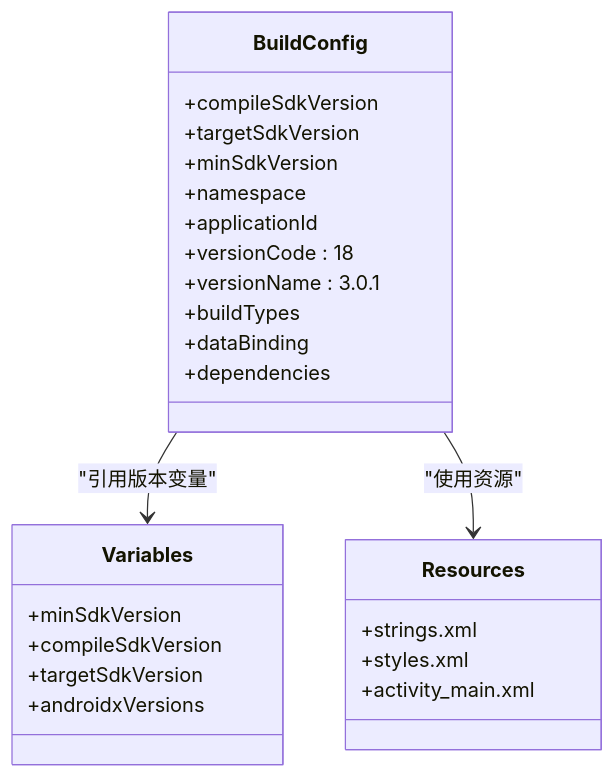
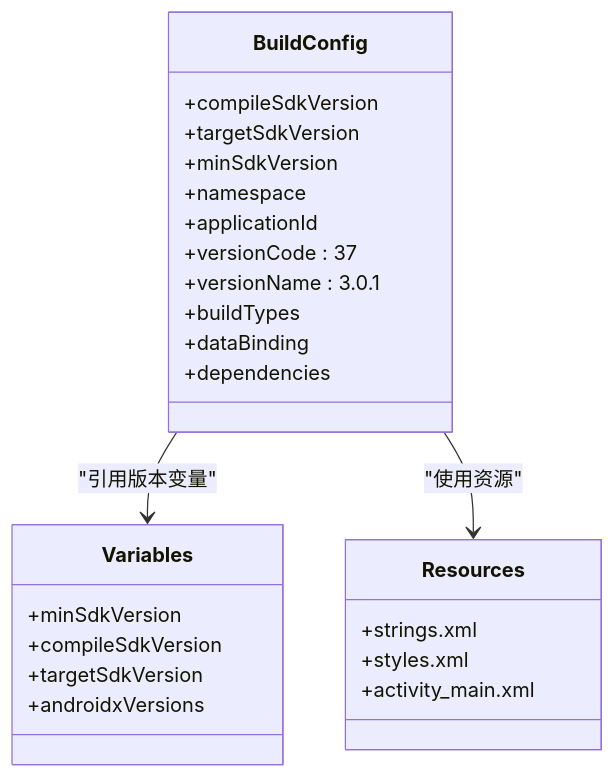
The fifth of 11 diagrams in .qoder/repowiki/zh/content/原生平台集成/Android平台集成.md (tea4go/Macro-Deck-Client-App), drawn with Mermaid before and after one commit. The commit also changed other lines of this file and 39 other files, not shown here.

````diff
--- a/.qoder/repowiki/zh/content/原生平台集成/Android平台集成.md
+++ b/.qoder/repowiki/zh/content/原生平台集成/Android平台集成.md
@@ -304,28 +306,28 @@
 ```mermaid
 classDiagram
 class BuildConfig {
 +compileSdkVersion
 +targetSdkVersion
 +minSdkVersion
 +namespace
 +applicationId
-+versionCode : 18
++versionCode : 37
 +versionName : 3.0.1
 +buildTypes
 +dataBinding
 +dependencies
 }
 class Variables {
 +minSdkVersion
 +compileSdkVersion
 +targetSdkVersion
 +androidxVersions
 }
 class Resources {
 +strings.xml
 +styles.xml
 +activity_main.xml
 }
 BuildConfig --> Variables : "引用版本变量"
 BuildConfig --> Resources : "使用资源"
 ```
````
